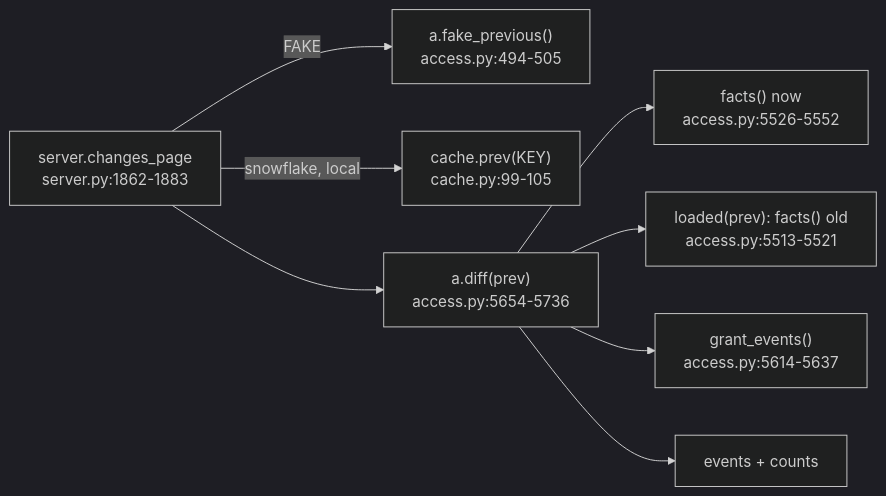
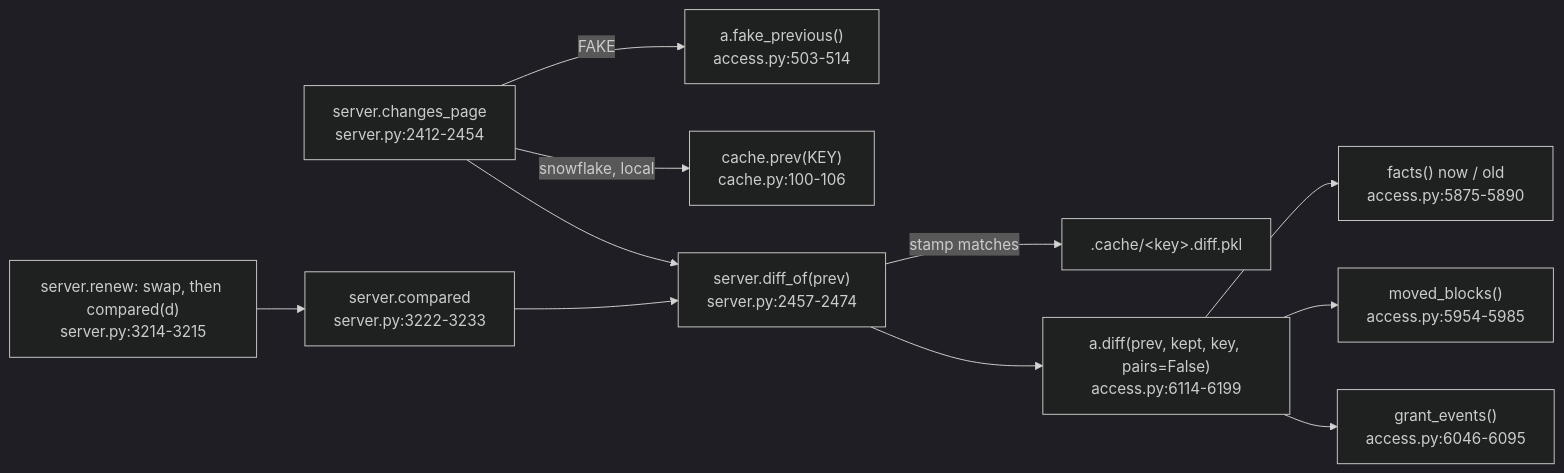
Before and after one commit to darshanmeel/snowflake-access-explorer: the diagram in snowflake-access-explorer-knowledge-graph/logic/diff.md, drawn with Mermaid (dark theme). The commit also changed other lines of this file and 86 other files, not shown here.

First line of the commit message:
Knowledge graph up to a71221c: paged pages, lazy graph boxes, read order, What changed at refresh, load steps

````diff
--- a/snowflake-access-explorer-knowledge-graph/logic/diff.md
+++ b/snowflake-access-explorer-knowledge-graph/logic/diff.md
@@ -6,10 +6,13 @@
 ```mermaid
 flowchart LR
-  CP["server.changes_page<br/>server.py:1862-1883"] -->|FAKE| FP["a.fake_previous()<br/>access.py:494-505"]
-  CP -->|snowflake, local| PR["cache.prev(KEY)<br/>cache.py:99-105"]
-  CP --> D["a.diff(prev)<br/>access.py:5654-5736"]
-  D --> FN["facts() now<br/>access.py:5526-5552"]
-  D --> LD["loaded(prev): facts() old<br/>access.py:5513-5521"]
-  D --> GE["grant_events()<br/>access.py:5614-5637"]
-  D --> EV[events + counts]
+  RN["server.renew: swap, then compared(d)<br/>server.py:3214-3215"] --> CMP["server.compared<br/>server.py:3222-3233"]
+  CP["server.changes_page<br/>server.py:2412-2454"] -->|FAKE| FP["a.fake_previous()<br/>access.py:503-514"]
+  CP -->|snowflake, local| PR["cache.prev(KEY)<br/>cache.py:100-106"]
+  CP --> DO["server.diff_of(prev)<br/>server.py:2457-2474"]
+  CMP --> DO
+  DO -->|stamp matches| PK[".cache/&lt;key&gt;.diff.pkl"]
+  DO --> D["a.diff(prev, kept, key, pairs=False)<br/>access.py:6114-6199"]
+  D --> FN["facts() now / old<br/>access.py:5875-5890"]
+  D --> MB["moved_blocks()<br/>access.py:5954-5985"]
+  D --> GE["grant_events()<br/>access.py:6046-6095"]
 ```
````
